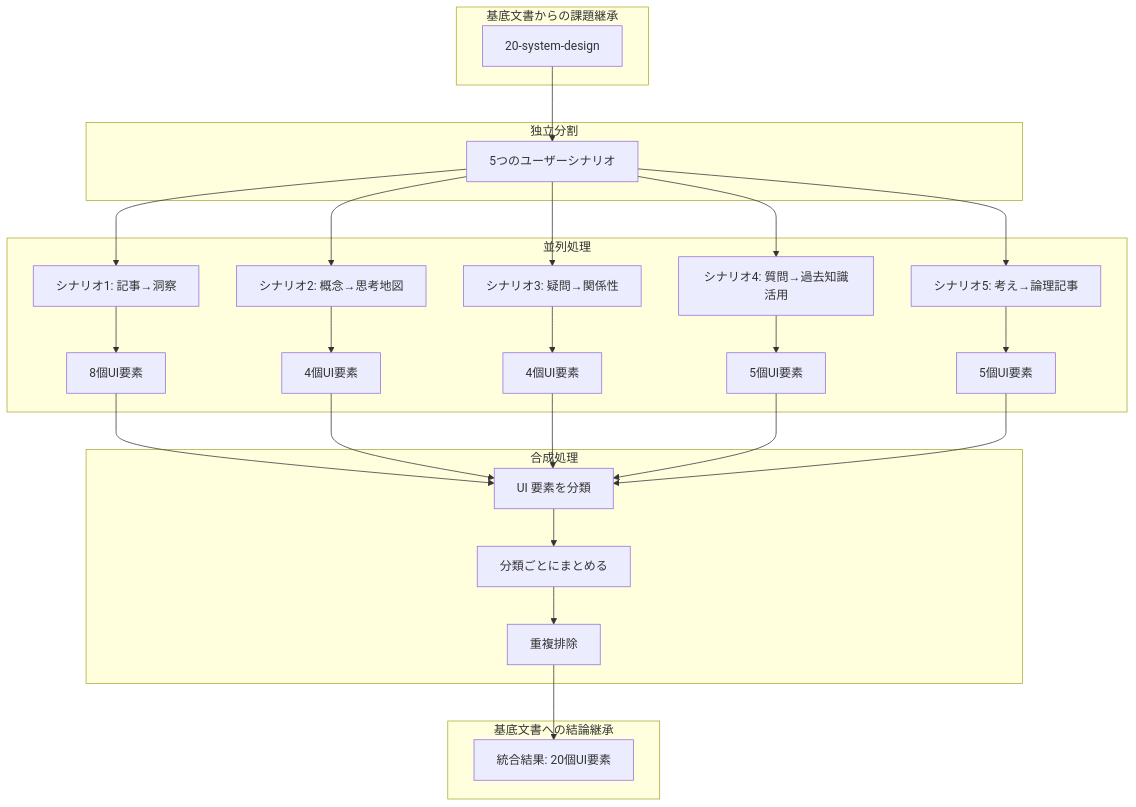
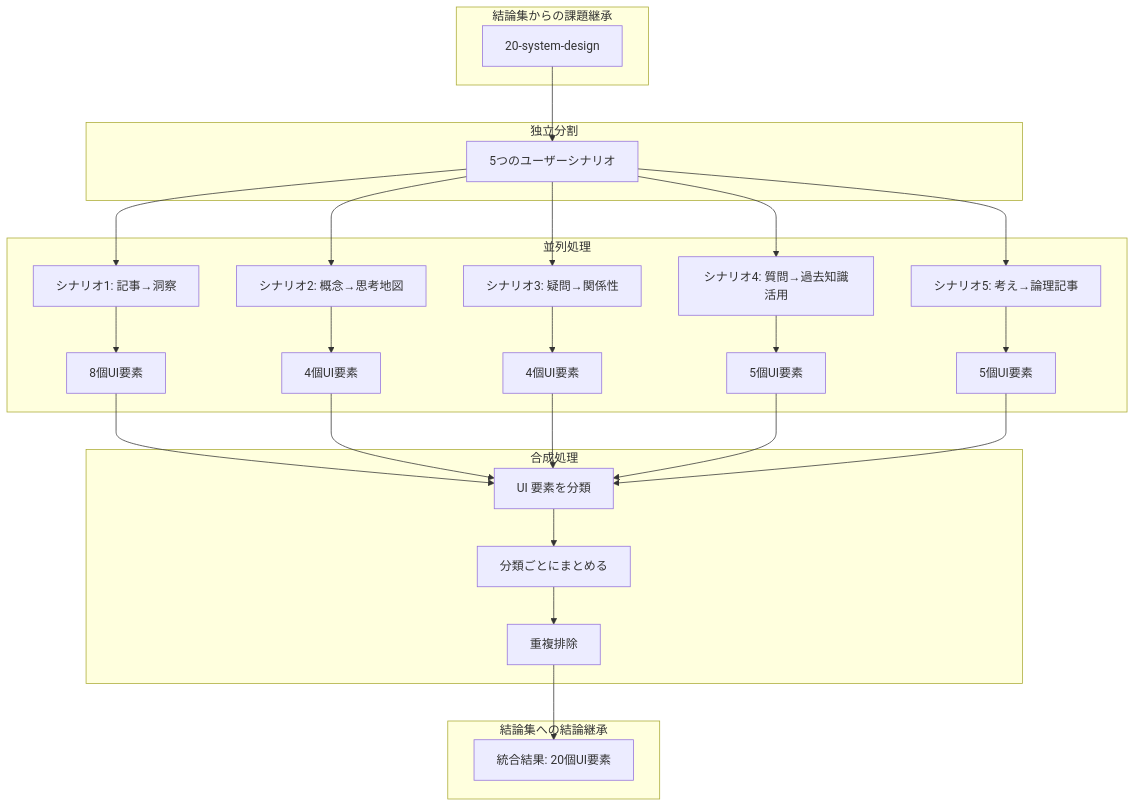
Before and after one commit to ikemo3/cogitoweave-doc: the diagram in docs/20-system-design/01-user-desires/README.md, drawn with Mermaid. The commit also changed other lines of this file and 195 other files, not shown here.

````diff
--- a/docs/20-system-design/01-user-desires/README.md
+++ b/docs/20-system-design/01-user-desires/README.md
@@ -48,58 +26,58 @@
 ```mermaid
 graph TD
-    subgraph "基底文書からの課題継承"
+    subgraph "結論集からの課題継承"
         A[20-system-design]
     end
 
     subgraph "独立分割"
         B[5つのユーザーシナリオ]
     end
 
     A --> B
 
     subgraph "並列処理"
         C[シナリオ1: 記事→洞察]
         D[シナリオ2: 概念→思考地図]
         E[シナリオ3: 疑問→関係性]
         F[シナリオ4: 質問→過去知識活用]
         G[シナリオ5: 考え→論理記事]
 
         H[8個UI要素]
         I[4個UI要素]
         J[4個UI要素]
         K[5個UI要素]
         L[5個UI要素]
     end
 
     B --> C
     B --> D
     B --> E
     B --> F
     B --> G
 
     C --> H
     D --> I
     E --> J
     F --> K
     G --> L
 
     subgraph "合成処理"
         M[UI 要素を分類]
         N[分類ごとにまとめる]
         O[重複排除]
     end
 
     H --> M
     I --> M
     J --> M
     K --> M
     L --> M
     M --> N
     N --> O
 
-    subgraph "基底文書への結論継承"
+    subgraph "結論集への結論継承"
         P[統合結果: 20個UI要素]
     end
 
     O --> P
 ```
````
